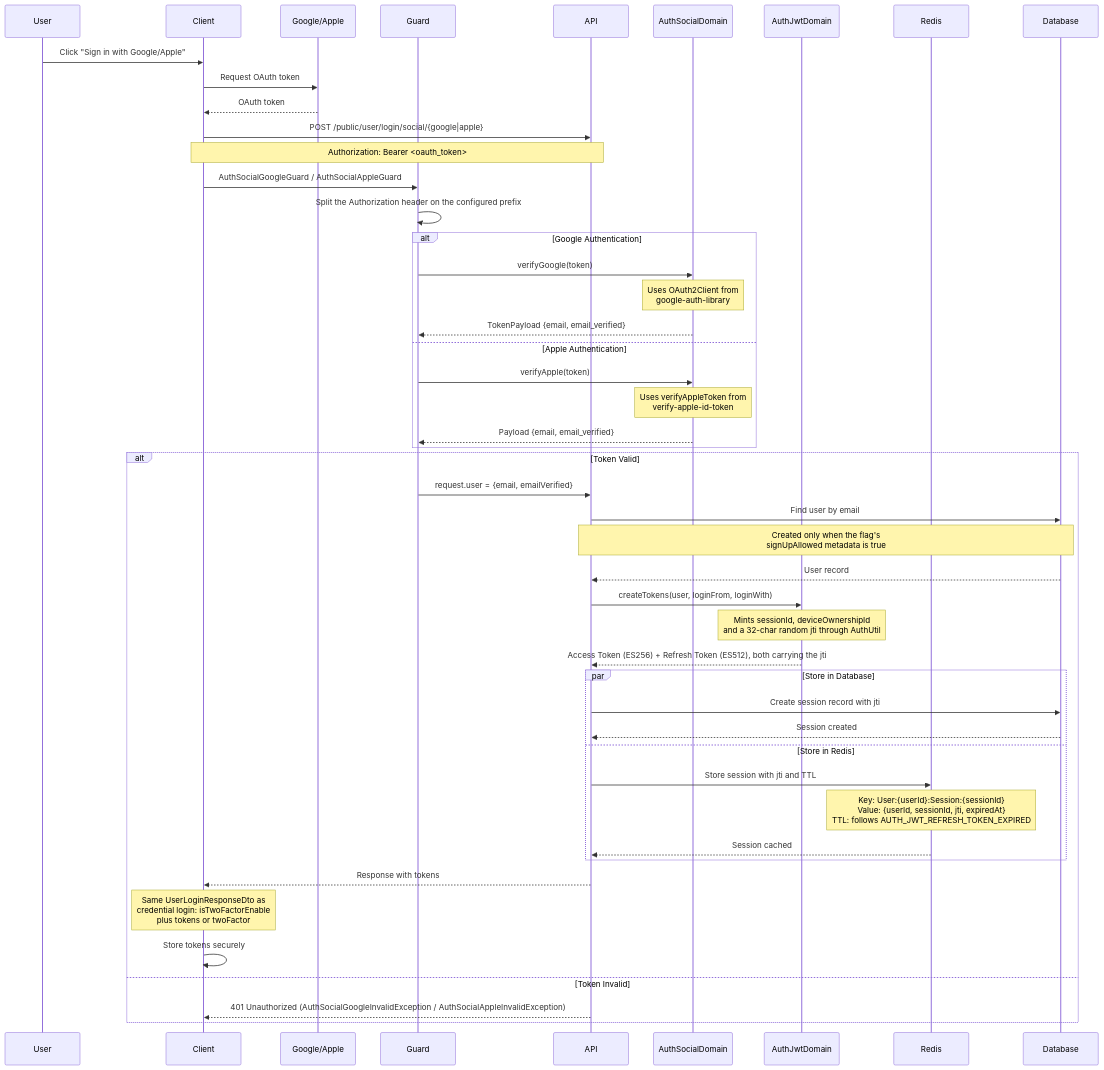
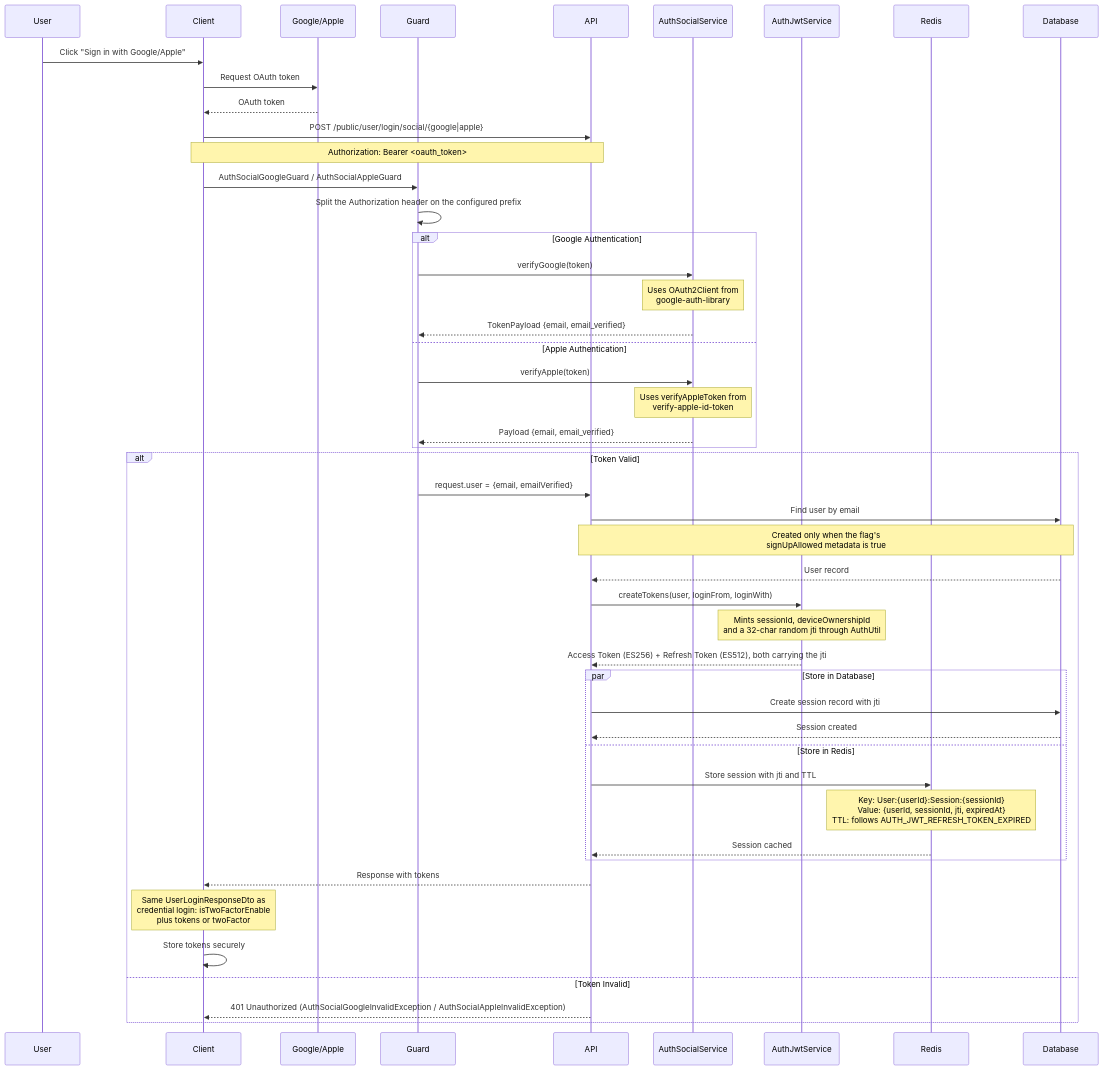
The fifth of 9 diagrams in docs/authentication.md (andrechristikan/ack-nestjs-boilerplate), drawn with Mermaid before and after one commit. The commit also changed other lines of this file and 1480 other files, not shown here.

````diff
--- a/docs/authentication.md
+++ b/docs/authentication.md
@@ -653,60 +600,60 @@
 ```mermaid
 sequenceDiagram
     participant User
     participant Client
     participant GoogleApple as Google/Apple
     participant Guard
     participant API
-    participant AuthSocialDomain
-    participant AuthJwtDomain
+    participant AuthSocialService
+    participant AuthJwtService
     participant Redis
     participant Database
 
     User->>Client: Click "Sign in with Google/Apple"
     Client->>GoogleApple: Request OAuth token
     GoogleApple-->>Client: OAuth token
     
     Client->>API: POST /public/user/login/social/{google|apple}
     Note over Client,API: Authorization: Bearer <oauth_token>
     
     Client->>Guard: AuthSocialGoogleGuard / AuthSocialAppleGuard
     Guard->>Guard: Split the Authorization header on the configured prefix
     
     alt Google Authentication
-        Guard->>AuthSocialDomain: verifyGoogle(token)
-        Note over AuthSocialDomain: Uses OAuth2Client from<br/>google-auth-library
-        AuthSocialDomain-->>Guard: TokenPayload {email, email_verified}
+        Guard->>AuthSocialService: verifyGoogle(token)
+        Note over AuthSocialService: Uses OAuth2Client from<br/>google-auth-library
+        AuthSocialService-->>Guard: TokenPayload {email, email_verified}
     else Apple Authentication
-        Guard->>AuthSocialDomain: verifyApple(token)
-        Note over AuthSocialDomain: Uses verifyAppleToken from<br/>verify-apple-id-token
-        AuthSocialDomain-->>Guard: Payload {email, email_verified}
+        Guard->>AuthSocialService: verifyApple(token)
+        Note over AuthSocialService: Uses verifyAppleToken from<br/>verify-apple-id-token
+        AuthSocialService-->>Guard: Payload {email, email_verified}
     end
     
     alt Token Valid
         Guard->>API: request.user = {email, emailVerified}
         API->>Database: Find user by email
         Note over API,Database: Created only when the flag's<br/>signUpAllowed metadata is true
         Database-->>API: User record
         
-        API->>AuthJwtDomain: createTokens(user, loginFrom, loginWith)
-        Note over AuthJwtDomain: Mints sessionId, deviceOwnershipId<br/>and a 32-char random jti through AuthUtil
-        AuthJwtDomain-->>API: Access Token (ES256) + Refresh Token (ES512), both carrying the jti
+        API->>AuthJwtService: createTokens(user, loginFrom, loginWith)
+        Note over AuthJwtService: Mints sessionId, deviceOwnershipId<br/>and a 32-char random jti through AuthUtil
+        AuthJwtService-->>API: Access Token (ES256) + Refresh Token (ES512), both carrying the jti
         
         par Store in Database
             API->>Database: Create session record with jti
             Database-->>API: Session created
         and Store in Redis
             API->>Redis: Store session with jti and TTL
             Note over Redis: Key: User:{userId}:Session:{sessionId}<br/>Value: {userId, sessionId, jti, expiredAt}<br/>TTL: follows AUTH_JWT_REFRESH_TOKEN_EXPIRED
             Redis-->>API: Session cached
         end
         
         API-->>Client: Response with tokens
         Note over Client: Same UserLoginResponseDto as<br/>credential login: isTwoFactorEnable<br/>plus tokens or twoFactor
         
         Client->>Client: Store tokens securely
         
     else Token Invalid
         API-->>Client: 401 Unauthorized (AuthSocialGoogleInvalidException / AuthSocialAppleInvalidException)
     end
 ```
````
